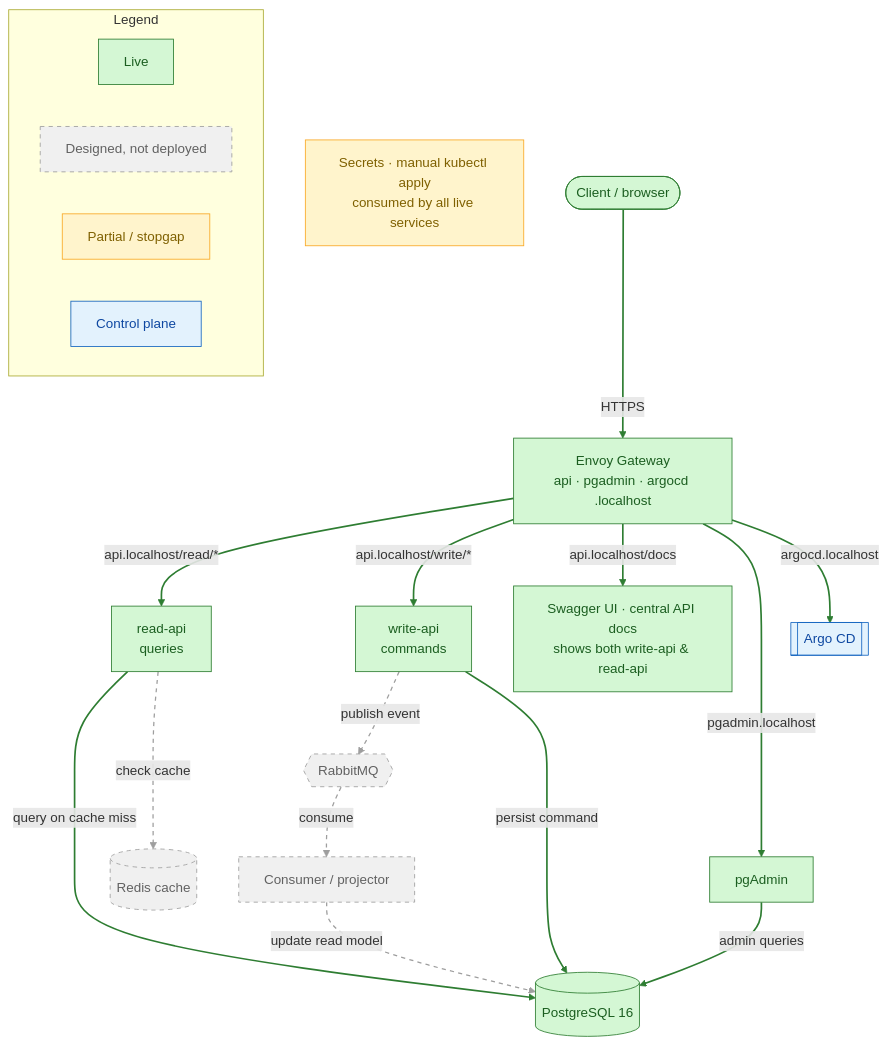
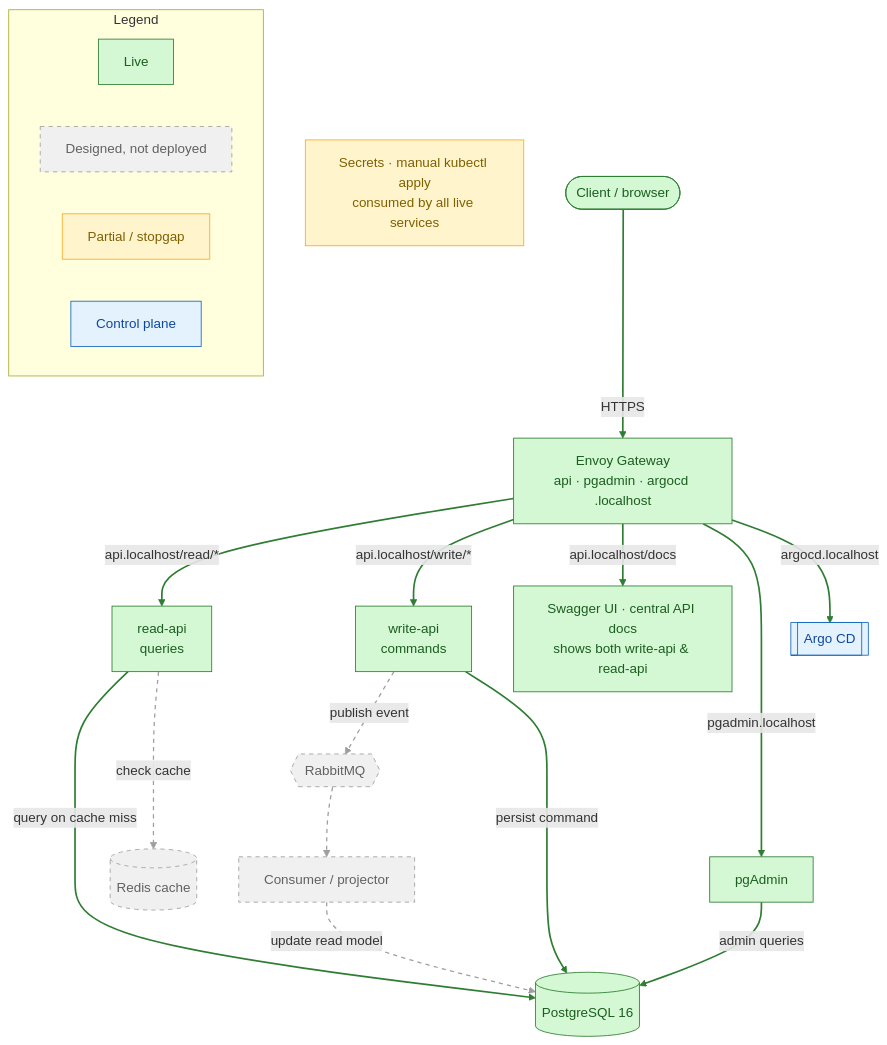
The first of 2 diagrams in README.md (CJs-Shipyard/platform-docs), drawn with Mermaid before and after one commit.

Commit message:
small readability improvement to README.md

````diff
--- a/README.md
+++ b/README.md
@@ -57,57 +57,57 @@
 ```mermaid
 flowchart TB
     classDef live fill:#d4f7d4,stroke:#2e7d32,color:#1b5e20;
     classDef planned fill:#f0f0f0,stroke:#9e9e9e,color:#616161,stroke-dasharray:5 5;
     classDef partial fill:#fff4cc,stroke:#f9a825,color:#7f6000;
     classDef ctrl fill:#e3f2fd,stroke:#1565c0,color:#0d47a1;
 
     subgraph legend["Legend"]
         direction LR
         lL["Live"]:::live
         lP["Designed, not deployed"]:::planned
         lS["Partial / stopgap"]:::partial
         lC["Control plane"]:::ctrl
     end
 
     secrets["Secrets · manual kubectl apply<br/>consumed by all live services"]:::partial
     client([Client / browser]):::live
 
     envoy["Envoy Gateway<br/>api · pgadmin · argocd .localhost"]:::live
     docs["Swagger UI · central API docs<br/>shows both write-api & read-api"]:::live
     write["write-api<br/>commands"]:::live
     read["read-api<br/>queries"]:::live
     pgadmin["pgAdmin"]:::live
     pg[("PostgreSQL 16")]:::live
 
     redis[("Redis cache")]:::planned
     mq{{RabbitMQ}}:::planned
     consumer["Consumer / projector"]:::planned
 
     argo[[Argo CD]]:::ctrl
     write -.->|publish event| mq
 
     client -->|HTTPS| envoy
     envoy -->|"api.localhost/read/*"| read
     envoy -->|"api.localhost/write/*"| write
     envoy -->|"api.localhost/docs"| docs
     envoy -->|pgadmin.localhost| pgadmin
     envoy -->|argocd.localhost| argo
     write -->|persist command| pg
     read -->|query on cache miss| pg
     pgadmin -->|admin queries| pg
 
     read -.->|check cache| redis
-    mq -.->|consume| consumer
+    mq -.-> consumer
     consumer -.->|update read model| pg
 
     %% layout only, invisible: dagre's network-simplex ranker minimises total edge
     %% length, so without these it slides read-api and redis off their intended rows.
     %% read ~~~ mq pins read-api level with write-api; mq ~~~ redis pins redis level
     %% with consumer.
     read ~~~ mq
     mq ~~~ redis
 
     linkStyle 1,2,3,4,5,6,7,8,9 stroke:#2e7d32,stroke-width:2px;
     linkStyle 0,10,11,12 stroke:#9e9e9e,stroke-width:1.5px,stroke-dasharray:5 5;
     linkStyle 13,14 stroke:none,stroke-width:0px,fill:none;
 ```
````
